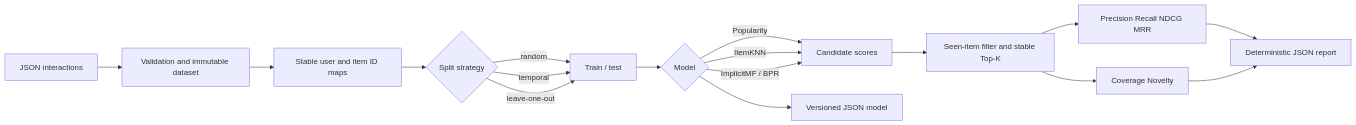
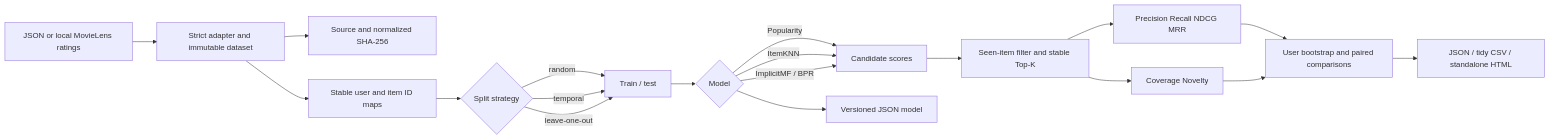
Before and after one commit to appleweiping/OrchidRec: the diagram in README.md, drawn with Mermaid. The commit also changed other lines of this file and 28 other files, not shown here.

Commit message:
Add MovieLens benchmarks and statistical reports

````diff
--- a/README.md
+++ b/README.md
@@ -36,19 +114,21 @@
 ```mermaid
 flowchart LR
-    A[JSON interactions] --> B[Validation and immutable dataset]
+    A[JSON or local MovieLens ratings] --> B[Strict adapter and immutable dataset]
+    B --> B2[Source and normalized SHA-256]
     B --> C[Stable user and item ID maps]
     C --> D{Split strategy}
     D -->|random| E[Train / test]
     D -->|temporal| E
     D -->|leave-one-out| E
     E --> F{Model}
     F -->|Popularity| G[Candidate scores]
     F -->|ItemKNN| G
     F -->|ImplicitMF / BPR| G
     G --> H[Seen-item filter and stable Top-K]
     H --> I[Precision Recall NDCG MRR]
     H --> J[Coverage Novelty]
-    I --> K[Deterministic JSON report]
+    I --> K[User bootstrap and paired comparisons]
     J --> K
+    K --> M[JSON / tidy CSV / standalone HTML]
     F --> L[Versioned JSON model]
 ```
````
